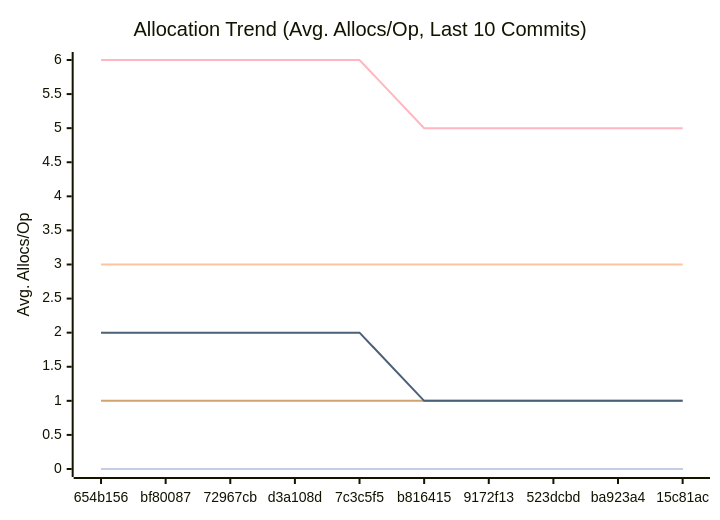
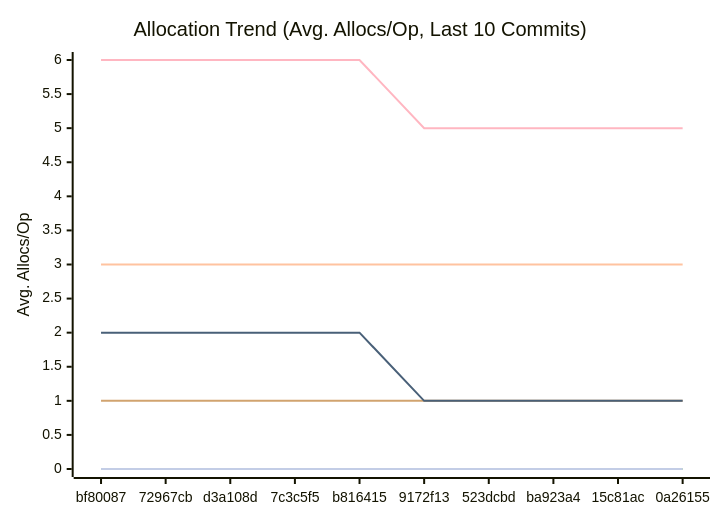
Before and after one commit to alsotoes/momo: the third of 3 diagrams in docs/PERFORMANCE.md, drawn with Mermaid. The commit also changed other lines of this file and 2 other files, not shown here.

````diff
--- a/docs/PERFORMANCE.md
+++ b/docs/PERFORMANCE.md
@@ -114,16 +114,16 @@
 ```mermaid
 xychart-beta
     title "Allocation Trend (Avg. Allocs/Op, Last 10 Commits)"
     x-axis "Commit"
     y-axis "Avg. Allocs/Op"
-    x-axis [654b156,bf80087,72967cb,d3a108d,7c3c5f5,b816415,9172f13,523dcbd,ba923a4,15c81ac]
+    x-axis [bf80087,72967cb,d3a108d,7c3c5f5,b816415,9172f13,523dcbd,ba923a4,15c81ac,0a26155]
     line "CheckMetricsAndSwap" [0,0,0,0,0,0,0,0,0,0]
     line "CrushOptimized" [0,0,0,0,0,0,0,0,0,0]
     line "CrushOriginal" [3,3,3,3,3,3,3,3,3,3]
     line "IndexDirectTracking" [0,0,0,0,0,0,0,0,0,0]
     line "IndexSearch" [0,0,0,0,0,0,0,0,0,0]
     line "LoadGlobalConfig" [1,1,1,1,1,1,1,1,1,1]
     line "PadString" [0,0,0,0,0,0,0,0,0,0]
     line "ParseReplicationOrder_NoPrealloc" [6,6,6,6,6,5,5,5,5,5]
     line "ParseReplicationOrder_Prealloc" [2,2,2,2,2,1,1,1,1,1]
 ```
````
